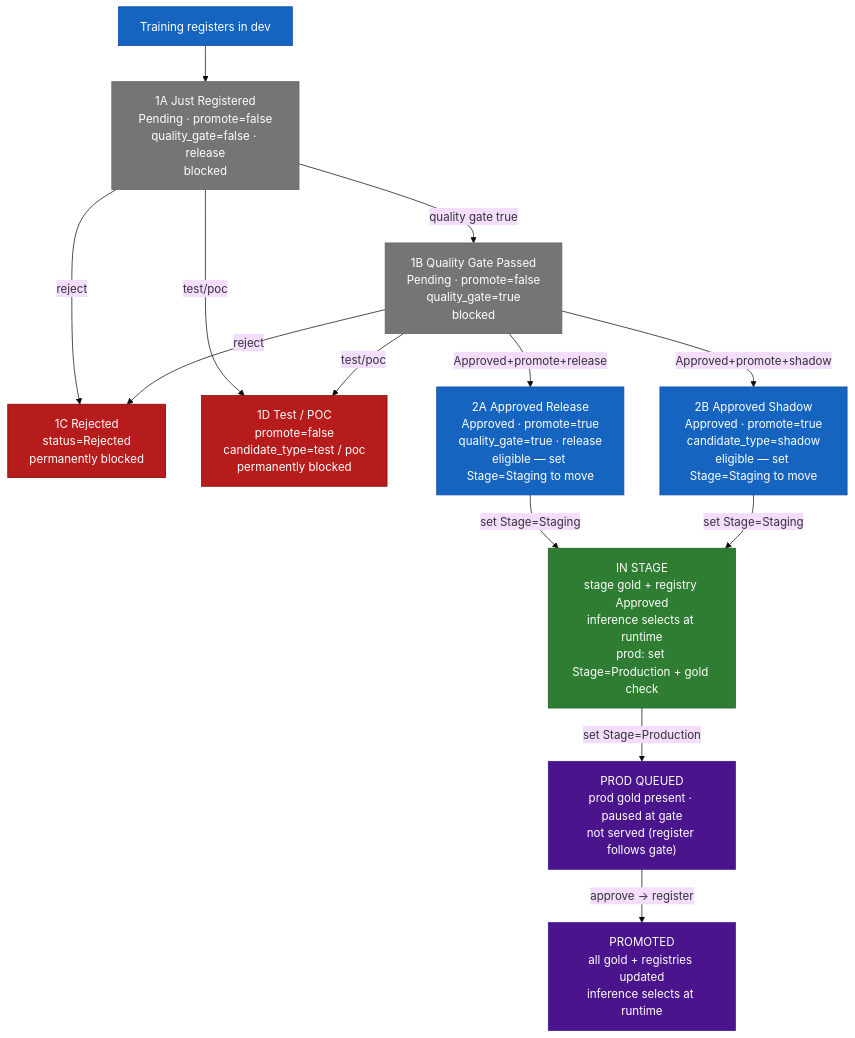
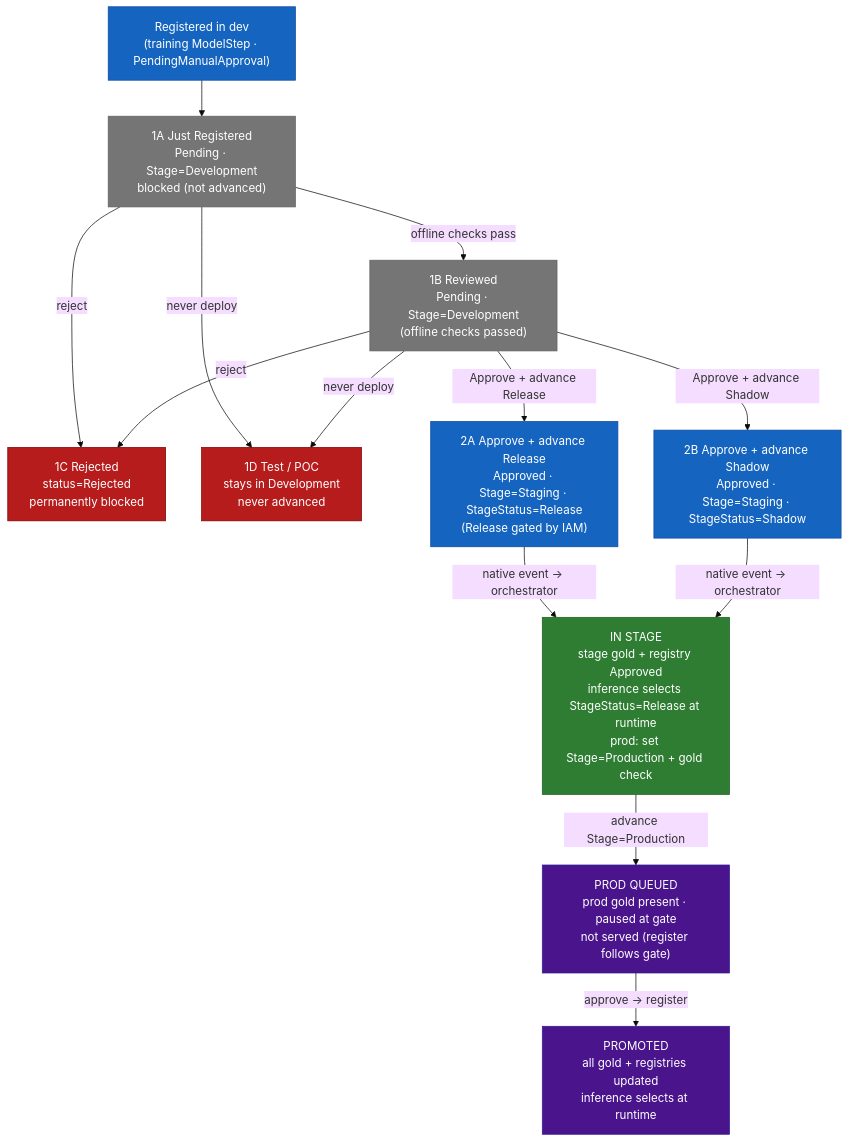
The fifth of 7 diagrams in test.md (schilker/public), drawn with Mermaid (base theme) before and after one commit. The commit also changed other lines of this file, not shown here.

````diff
--- a/test.md
+++ b/test.md
@@ -313,39 +373,39 @@
 ```mermaid
 flowchart TD
     classDef blocked fill:#757575,stroke:#616161,color:#fff
     classDef dead    fill:#b71c1c,stroke:#7f0000,color:#fff
     classDef auto    fill:#1565c0,stroke:#0d47a1,color:#fff
     classDef stage   fill:#2e7d32,stroke:#1b5e20,color:#fff
     classDef prod    fill:#4a148c,stroke:#311b92,color:#fff
 
-    TRAIN["Training registers in dev"]
-    S1A["1A Just Registered\nPending · promote=false\nquality_gate=false · release\nblocked"]
-    S1B["1B Quality Gate Passed\nPending · promote=false\nquality_gate=true\nblocked"]
+    TRAIN["Registered in dev\n(training ModelStep · PendingManualApproval)"]
+    S1A["1A Just Registered\nPending · Stage=Development\nblocked (not advanced)"]
+    S1B["1B Reviewed\nPending · Stage=Development\n(offline checks passed)"]
     S1C["1C Rejected\nstatus=Rejected\npermanently blocked"]
-    S1D["1D Test / POC\npromote=false\ncandidate_type=test / poc\npermanently blocked"]
-    S2A["2A Approved Release\nApproved · promote=true\nquality_gate=true · release\neligible — set Stage=Staging to move"]
-    S2B["2B Approved Shadow\nApproved · promote=true\ncandidate_type=shadow\neligible — set Stage=Staging to move"]
-    STAGE["IN STAGE\nstage gold + registry Approved\ninference selects at runtime\nprod: set Stage=Production + gold check"]
+    S1D["1D Test / POC\nstays in Development\nnever advanced"]
+    S2A["2A Approve + advance Release\nApproved · Stage=Staging · StageStatus=Release\n(Release gated by IAM)"]
+    S2B["2B Approve + advance Shadow\nApproved · Stage=Staging · StageStatus=Shadow"]
+    STAGE["IN STAGE\nstage gold + registry Approved\ninference selects StageStatus=Release at runtime\nprod: set Stage=Production + gold check"]
     PRODQ["PROD QUEUED\nprod gold present · paused at gate\nnot served (register follows gate)"]
     PROD["PROMOTED\nall gold + registries updated\ninference selects at runtime"]
 
     TRAIN --> S1A
-    S1A -->|"quality gate true"| S1B
+    S1A -->|"offline checks pass"| S1B
     S1A -->|"reject"| S1C
-    S1A -->|"test/poc"| S1D
-    S1B -->|"Approved+promote+release"| S2A
-    S1B -->|"Approved+promote+shadow"| S2B
+    S1A -->|"never deploy"| S1D
+    S1B -->|"Approve + advance Release"| S2A
+    S1B -->|"Approve + advance Shadow"| S2B
     S1B -->|"reject"| S1C
-    S1B -->|"test/poc"| S1D
-    S2A -->|"set Stage=Staging"| STAGE
-    S2B -->|"set Stage=Staging"| STAGE
-    STAGE -->|"set Stage=Production"| PRODQ
+    S1B -->|"never deploy"| S1D
+    S2A -->|"native event → orchestrator"| STAGE
+    S2B -->|"native event → orchestrator"| STAGE
+    STAGE -->|"advance Stage=Production"| PRODQ
     PRODQ -->|"approve → register"| PROD
 
     class S1A,S1B blocked
     class S1C,S1D dead
     class S2A,S2B auto
     class STAGE stage
     class PRODQ,PROD prod
     class TRAIN auto
 ```
````
